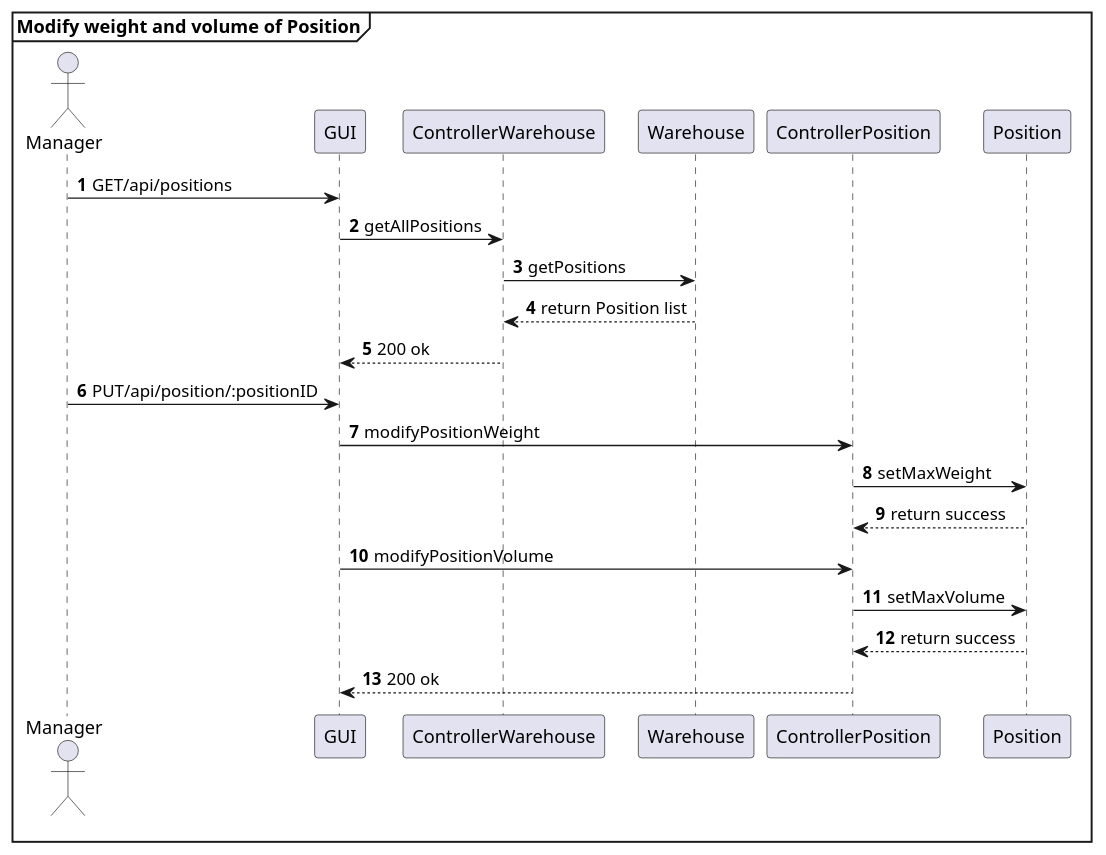
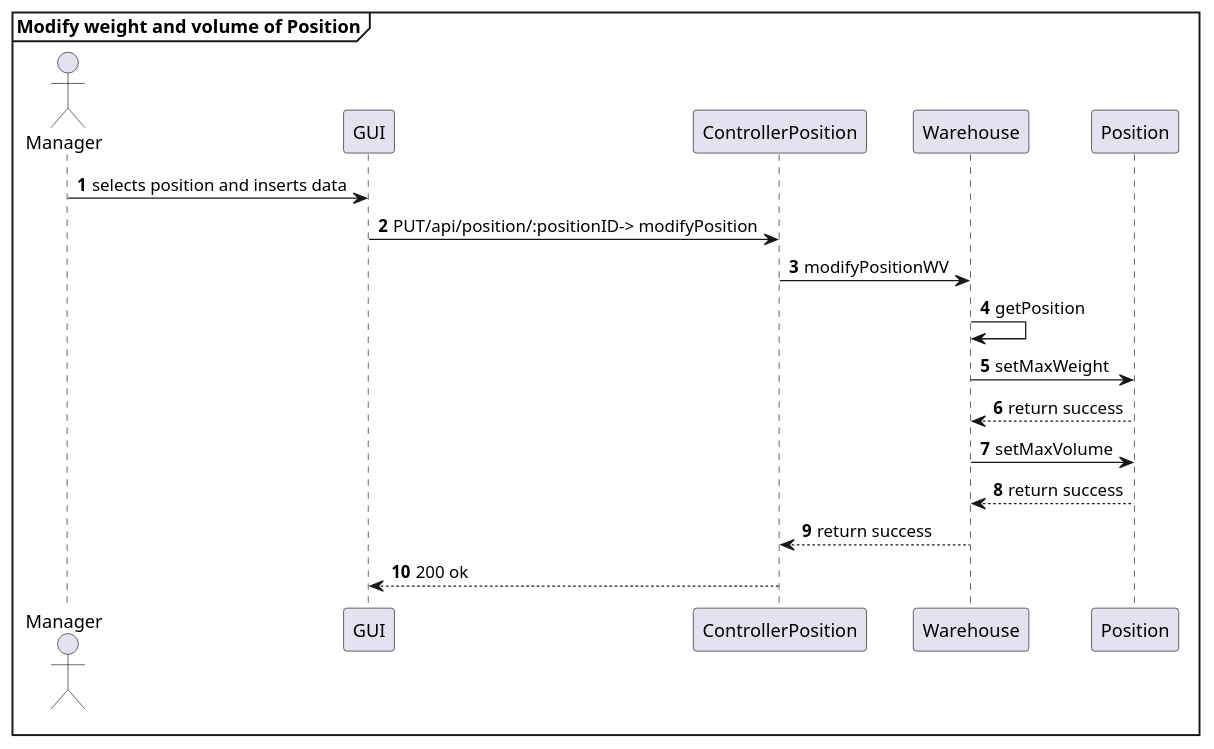
The eighth of 29 diagrams in DesignDocument.md (AlexZampa/EzWh), drawn with PlantUML before and after one commit. The commit also changed other lines of this file, not shown here.

````diff
--- a/DesignDocument.md
+++ b/DesignDocument.md
@@ -636,27 +647,22 @@
 ```plantuml
 mainframe **Modify weight and volume of Position**
 actor Manager
 participant GUI
-participant ControllerWarehouse
+participant ControllerPosition
 participant Warehouse
-participant ControllerPosition
 participant Position
 
 autonumber
-Manager -> GUI : GET/api/positions
-GUI -> ControllerWarehouse : getAllPositions
-ControllerWarehouse -> Warehouse : getPositions
-ControllerWarehouse <-- Warehouse : return Position list
-GUI <-- ControllerWarehouse : 200 ok
-
-Manager -> GUI : PUT/api/position/:positionID
-GUI -> ControllerPosition : modifyPositionWeight
-ControllerPosition -> Position : setMaxWeight
-ControllerPosition <-- Position : return success
-GUI -> ControllerPosition : modifyPositionVolume
-ControllerPosition -> Position : setMaxVolume
-ControllerPosition <-- Position : return success
+Manager -> GUI : selects position and inserts data
+GUI -> ControllerPosition : PUT/api/position/:positionID-> modifyPosition
+ControllerPosition -> Warehouse : modifyPositionWV
+Warehouse -> Warehouse : getPosition
+Warehouse -> Position : setMaxWeight
+Warehouse <-- Position : return success
+Warehouse -> Position : setMaxVolume
+Warehouse <-- Position : return success
+ControllerPosition <-- Warehouse : return success
 GUI <-- ControllerPosition : 200 ok
 
 @enduml
 ```
````
